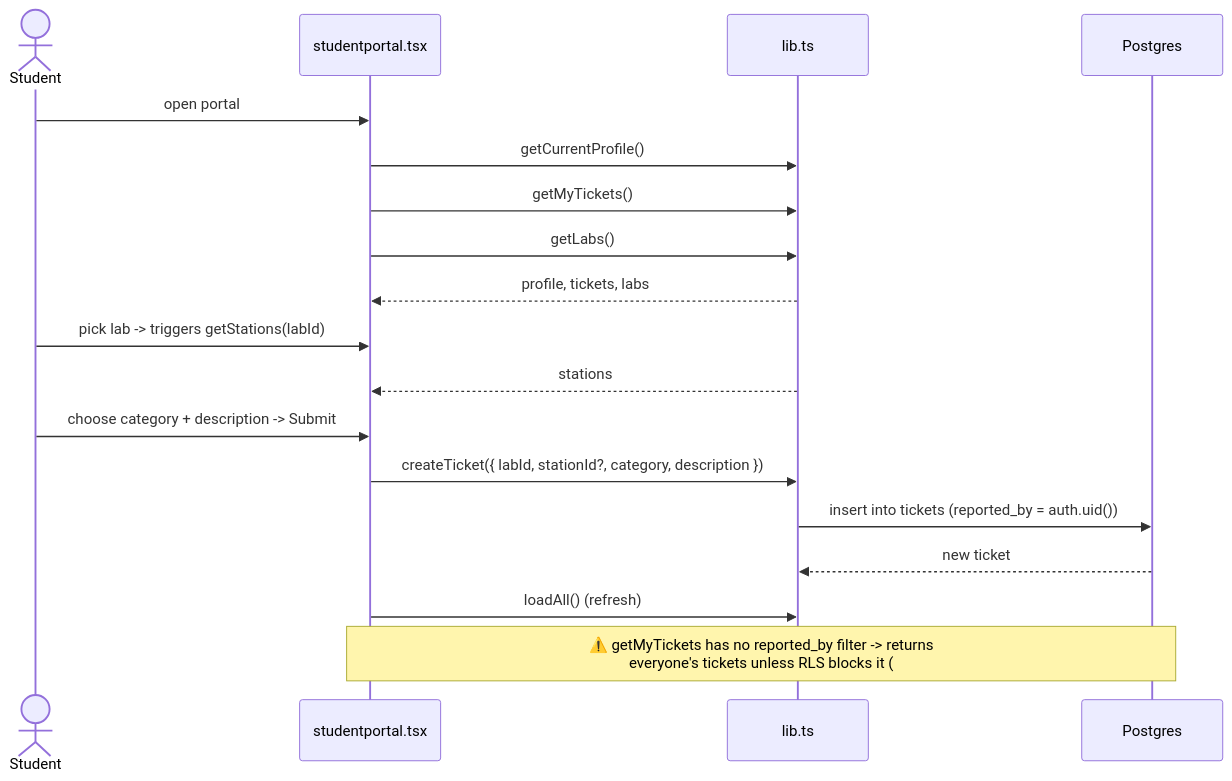
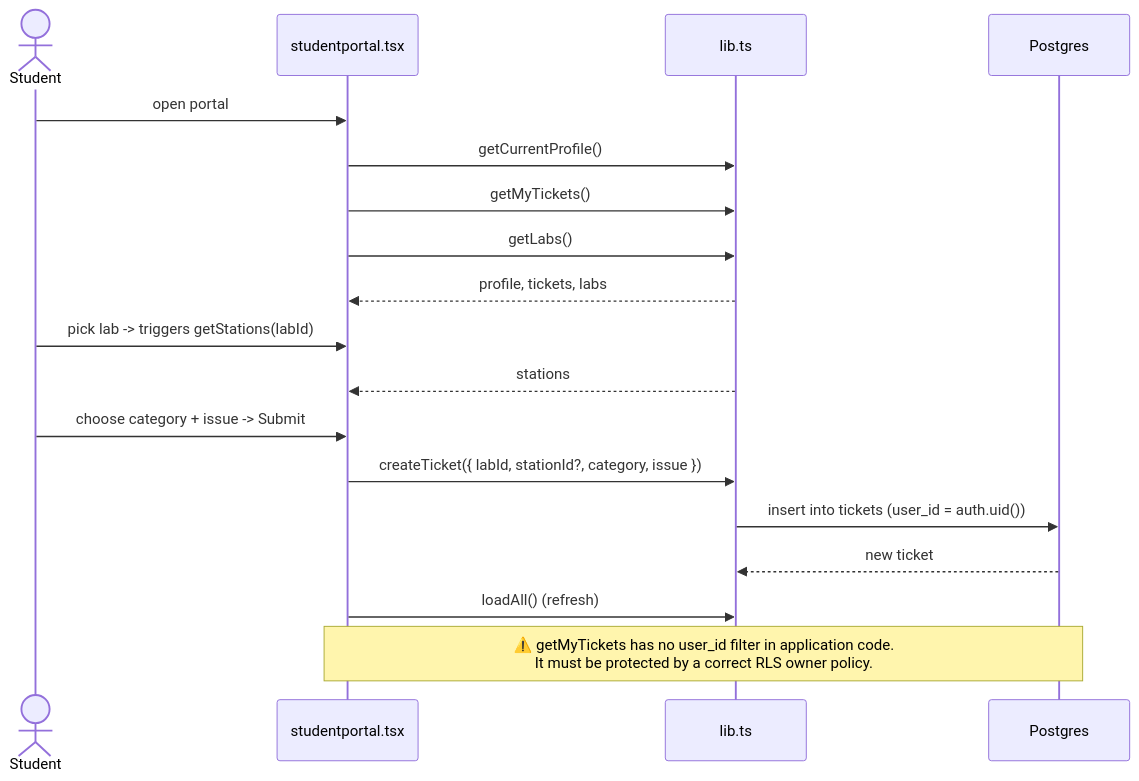
Before and after one commit to SeanixReal/Jobelonese: the fourth of 7 diagrams in docs/WORKFLOWS.md, drawn with Mermaid. The commit also changed other lines of this file and 5 other files, not shown here.

Commit message:
Add use case diagram and sync documentation

````diff
--- a/docs/WORKFLOWS.md
+++ b/docs/WORKFLOWS.md
@@ -79,21 +87,21 @@
 ```mermaid
 sequenceDiagram
     actor St as Student
     participant P as studentportal.tsx
     participant L as lib.ts
     participant DB as Postgres
 
     St->>P: open portal
     P->>L: getCurrentProfile()
     P->>L: getMyTickets()
     P->>L: getLabs()
     L-->>P: profile, tickets, labs
     St->>P: pick lab -> triggers getStations(labId)
     L-->>P: stations
-    St->>P: choose category + description -> Submit
-    P->>L: createTicket({ labId, stationId?, category, description })
-    L->>DB: insert into tickets (reported_by = auth.uid())
+    St->>P: choose category + issue -> Submit
+    P->>L: createTicket({ labId, stationId?, category, issue })
+    L->>DB: insert into tickets (user_id = auth.uid())
     DB-->>L: new ticket
     P->>L: loadAll() (refresh)
-    Note over P,DB: ⚠️ getMyTickets has no reported_by filter -> returns<br/>everyone's tickets unless RLS blocks it (#9)
+    Note over P,DB: ⚠️ getMyTickets has no user_id filter in application code.<br/>It must be protected by a correct RLS owner policy.
 ```
````
